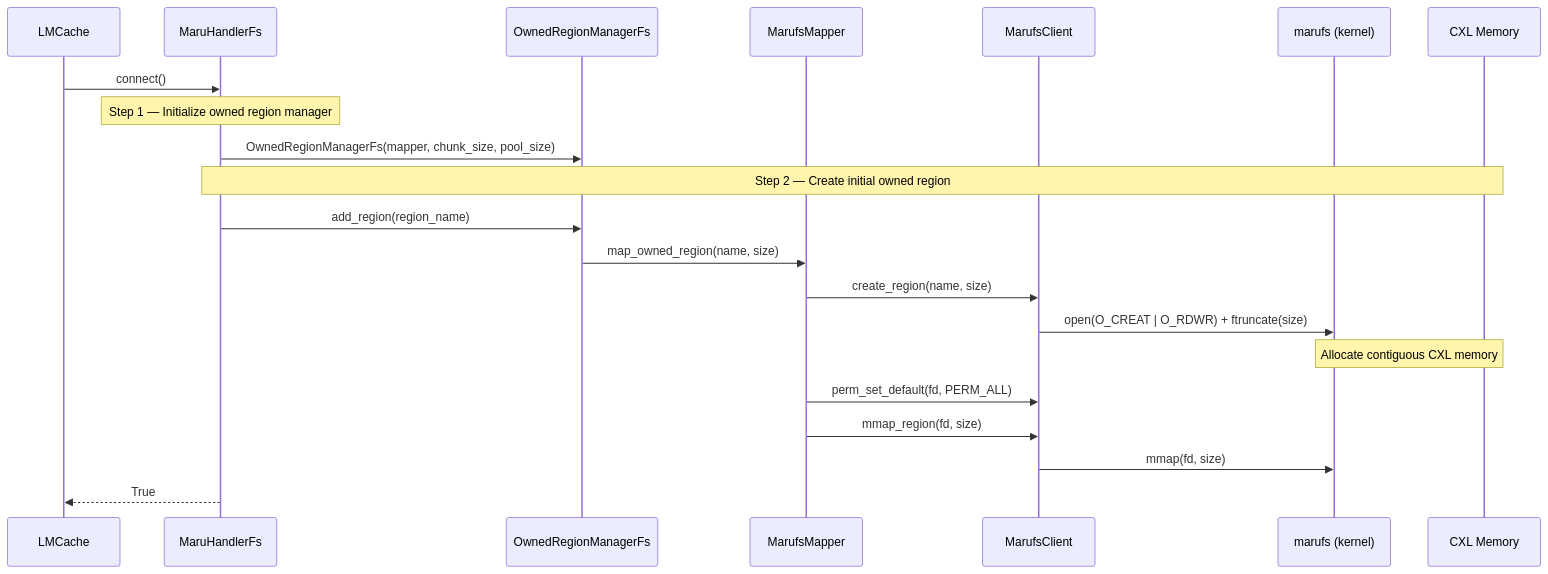
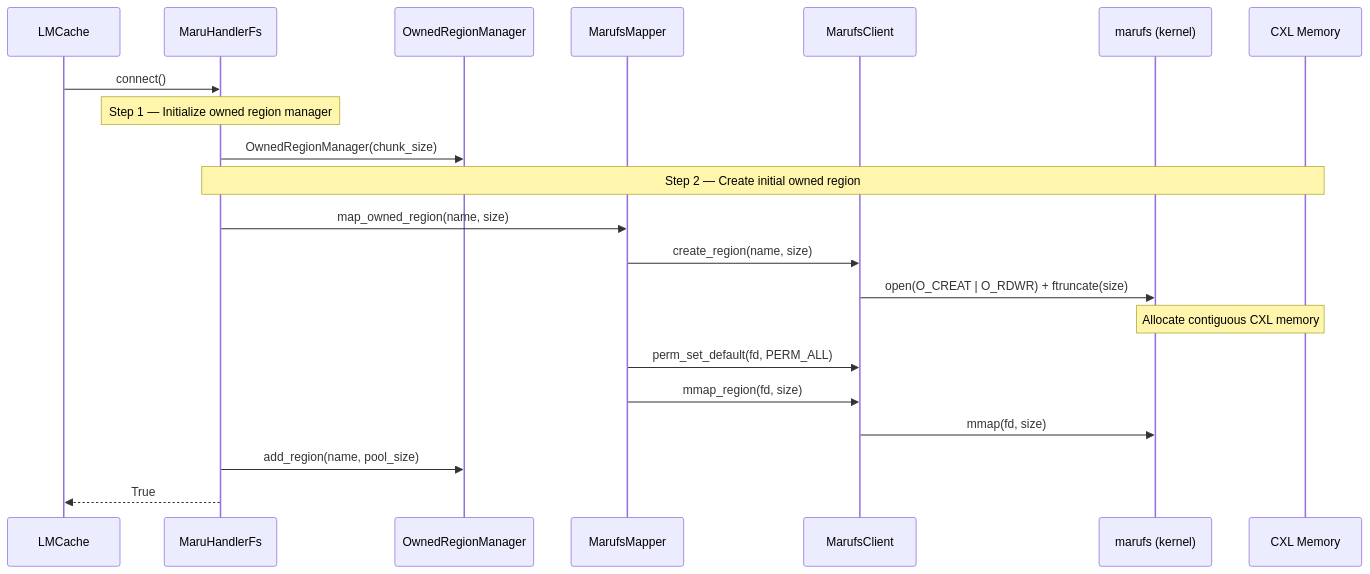
Before and after one commit to xcena-dev/maru: the third of 9 diagrams in docs/source/design_doc/maru_fs.md, drawn with Mermaid. The commit also changed other lines of this file and 10 other files, not shown here.

First line of the commit message:
refactor: unify OwnedRegionManager for both RPC and FS modes

````diff
--- a/docs/source/design_doc/maru_fs.md
+++ b/docs/source/design_doc/maru_fs.md
@@ -144,27 +144,27 @@
 ```mermaid
 sequenceDiagram
     participant C as LMCache
     participant H as MaruHandlerFs
-    participant ORM as OwnedRegionManagerFs
+    participant ORM as OwnedRegionManager
     participant XM as MarufsMapper
     participant XC as MarufsClient
     participant K as marufs (kernel)
     participant CXL as CXL Memory
 
     C->>H: connect()
 
     Note over H: Step 1 — Initialize owned region manager
-    H->>ORM: OwnedRegionManagerFs(mapper, chunk_size, pool_size)
+    H->>ORM: OwnedRegionManager(chunk_size)
 
     Note over H,CXL: Step 2 — Create initial owned region
-    H->>ORM: add_region(region_name)
-    ORM->>XM: map_owned_region(name, size)
+    H->>XM: map_owned_region(name, size)
     XM->>XC: create_region(name, size)
     XC->>K: open(O_CREAT | O_RDWR) + ftruncate(size)
     Note over K,CXL: Allocate contiguous CXL memory
     XM->>XC: perm_set_default(fd, PERM_ALL)
     XM->>XC: mmap_region(fd, size)
     XC->>K: mmap(fd, size)
+    H->>ORM: add_region(name, pool_size)
 
     H-->>C: True
 ```
````
